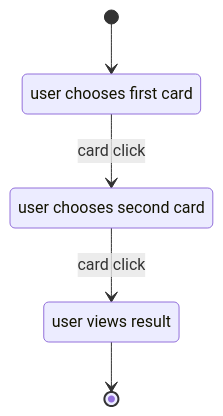
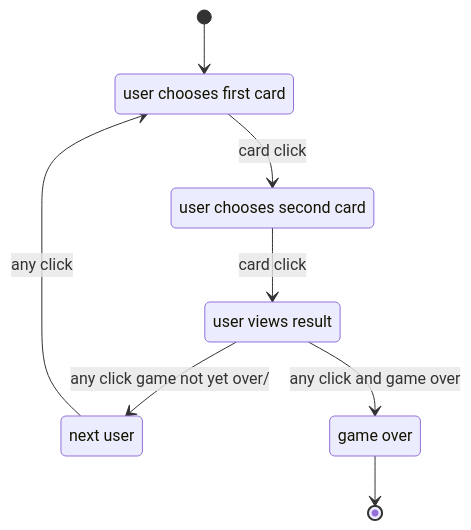
One commit to chkhm/memory-game-rs changed the second of 2 diagrams in Design.md. Above: the diagram before and after it, drawn with Mermaid. The commit also changed other lines of this file, not shown here.

Commit message:
Updated the state machine for the controller

````diff
--- a/Design.md
+++ b/Design.md
@@ -106,11 +106,16 @@
 ```mermaid
 stateDiagram
     state "user chooses first card" as first_card
     state "user chooses second card" as second_card
     state "user views result" as view_result
+    state "next user" as next_user
+    state "game over" as game_over
 
     [*] --> first_card
     first_card --> second_card: card click
     second_card --> view_result: card click
-    view_result --> [*]
+    view_result --> next_user: any click game not yet over/
+    view_result --> game_over: any click and game over
+    game_over --> [*]
+    next_user --> first_card: any click
 ```
````
